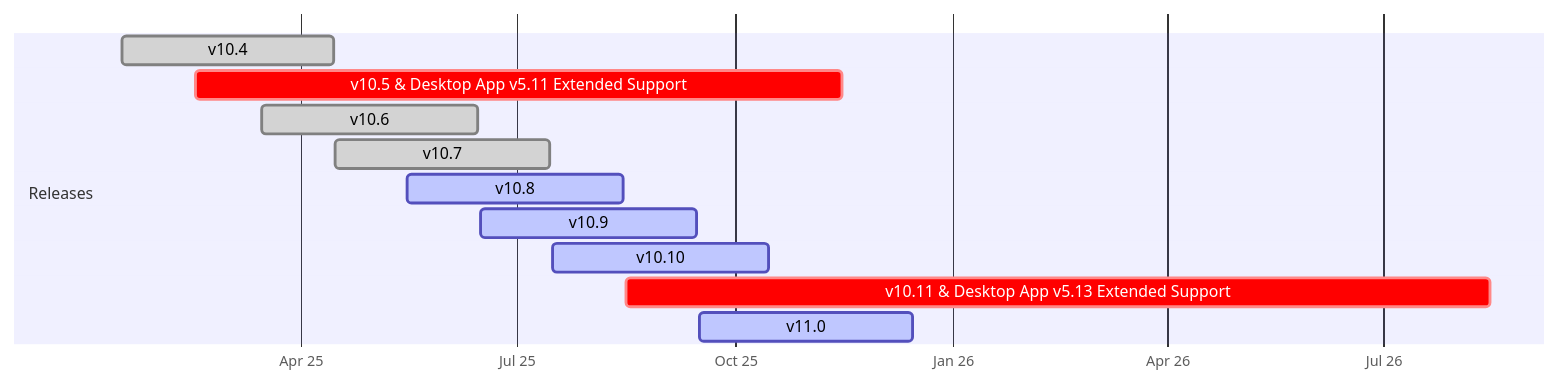
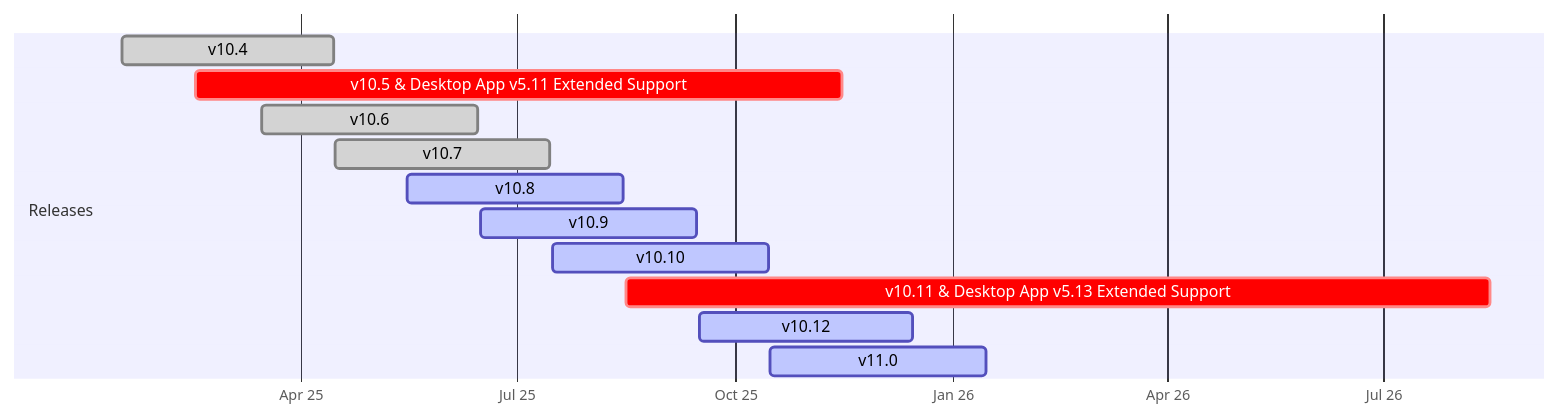
One commit to mattermost/docs changed the diagram in source/about/release-policy.md. Above: the diagram before and after it, drawn with Mermaid.

````diff
--- a/source/about/release-policy.md
+++ b/source/about/release-policy.md
@@ -54,17 +54,18 @@
 ```{mermaid}
 
 gantt
     dateFormat  YYYY-MM-DD
     axisFormat  %b %y
 
     section Releases
     v10.4                  :done,  2025-01-16, 2025-04-15
     v10.5 & Desktop App v5.11 Extended Support :crit,    2025-02-16, 2025-11-15
     v10.6                  :done, 2025-03-16, 2025-06-15
     v10.7                  :done, 2025-04-16, 2025-07-15
     v10.8                  :active, 2025-05-16, 2025-08-15
     v10.9                  :active, 2025-06-16, 2025-09-15
     v10.10                 :active, 2025-07-16, 2025-10-15
     v10.11 & Desktop App v5.13 Extended Support :crit,    2025-08-16, 2026-08-15
-    v11.0                  :active, 2025-09-16, 2025-12-15
+    v10.12                 :active, 2025-09-16, 2025-12-15
+    v11.0                  :active, 2025-10-16, 2026-01-15
 ```
````
